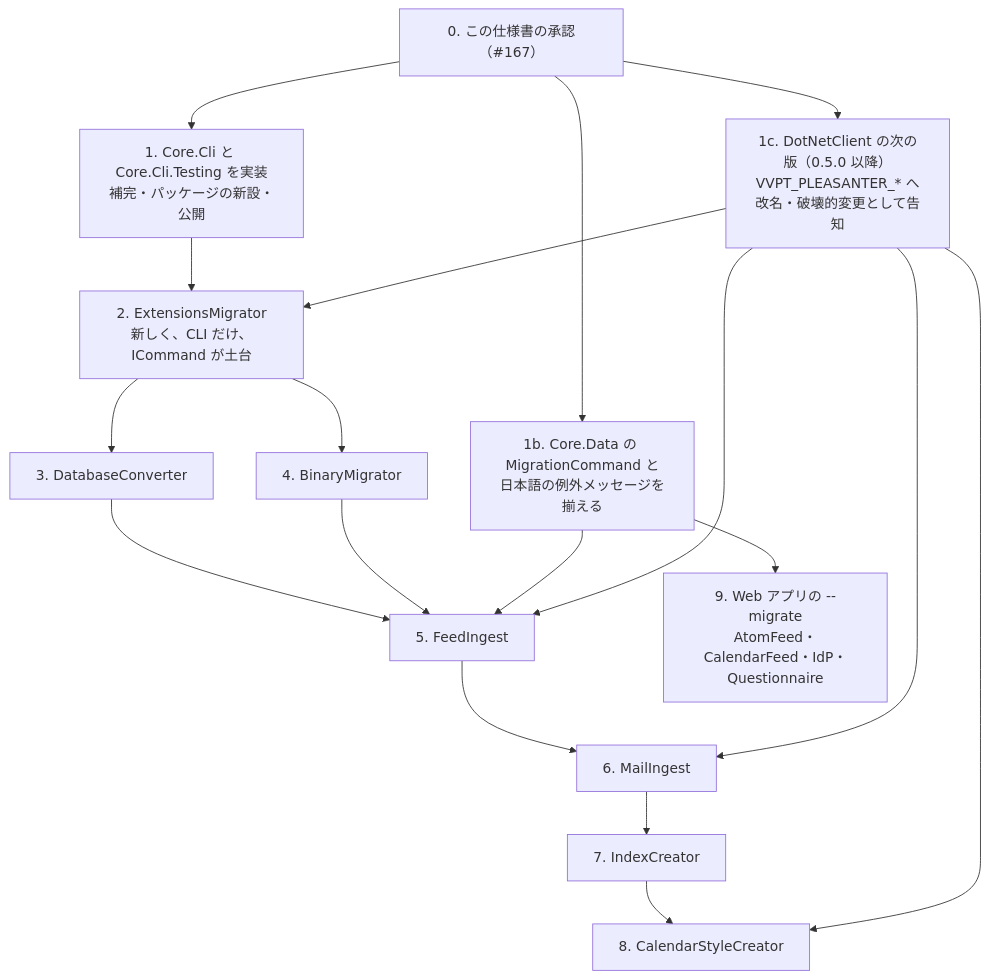
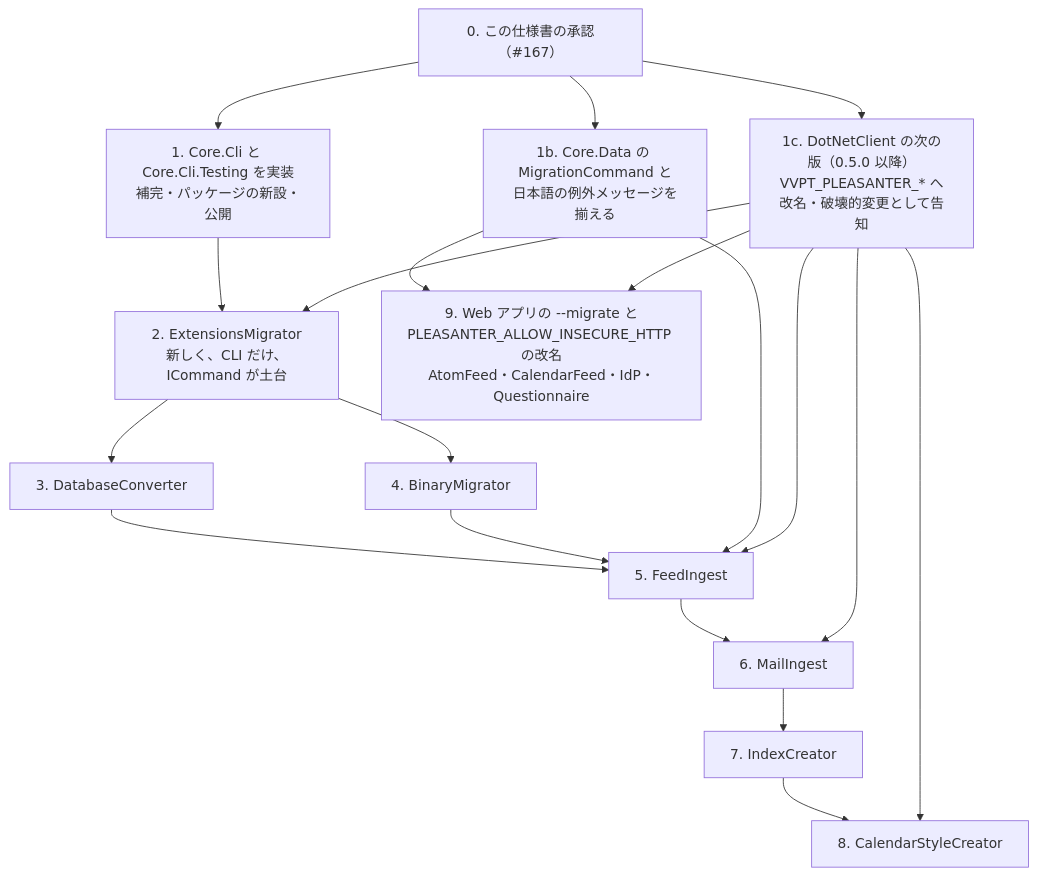
Before and after one commit to vehiclevisionjp/VehicleVision.PleasanterTools.Core: the third of 3 diagrams in _documents/CLIの共通仕様書.md, drawn with Mermaid. The commit also changed other lines of this file, not shown here.

````diff
--- a/_documents/CLIの共通仕様書.md
+++ b/_documents/CLIの共通仕様書.md
@@ -944,20 +983,21 @@
 ```mermaid
 flowchart TD
     S0["0. この仕様書の承認（#167）"] --> S1["1. Core.Cli と Core.Cli.Testing を実装<br/>補完・パッケージの新設・公開"]
     S0 --> S1b["1b. Core.Data の MigrationCommand と<br/>日本語の例外メッセージを揃える"]
     S0 --> D["1c. DotNetClient の次の版（0.5.0 以降）<br/>VVPT_PLEASANTER_* へ改名・破壊的変更として告知"]
     S1 --> S2["2. ExtensionsMigrator<br/>新しく、CLI だけ、ICommand が土台"]
     D --> S2
     S2 --> S3["3. DatabaseConverter"]
     S2 --> S4["4. BinaryMigrator"]
     S3 --> S5["5. FeedIngest"]
     S4 --> S5
     S1b --> S5
     D --> S5
     S5 --> S6["6. MailIngest"]
     D --> S6
     S6 --> S7["7. IndexCreator"]
     S7 --> S8["8. CalendarStyleCreator"]
     D --> S8
-    S1b --> S9["9. Web アプリの --migrate<br/>AtomFeed・CalendarFeed・IdP・Questionnaire"]
+    S1b --> S9["9. Web アプリの --migrate と<br/>PLEASANTER_ALLOW_INSECURE_HTTP の改名<br/>AtomFeed・CalendarFeed・IdP・Questionnaire"]
+    D --> S9
 ```
````
